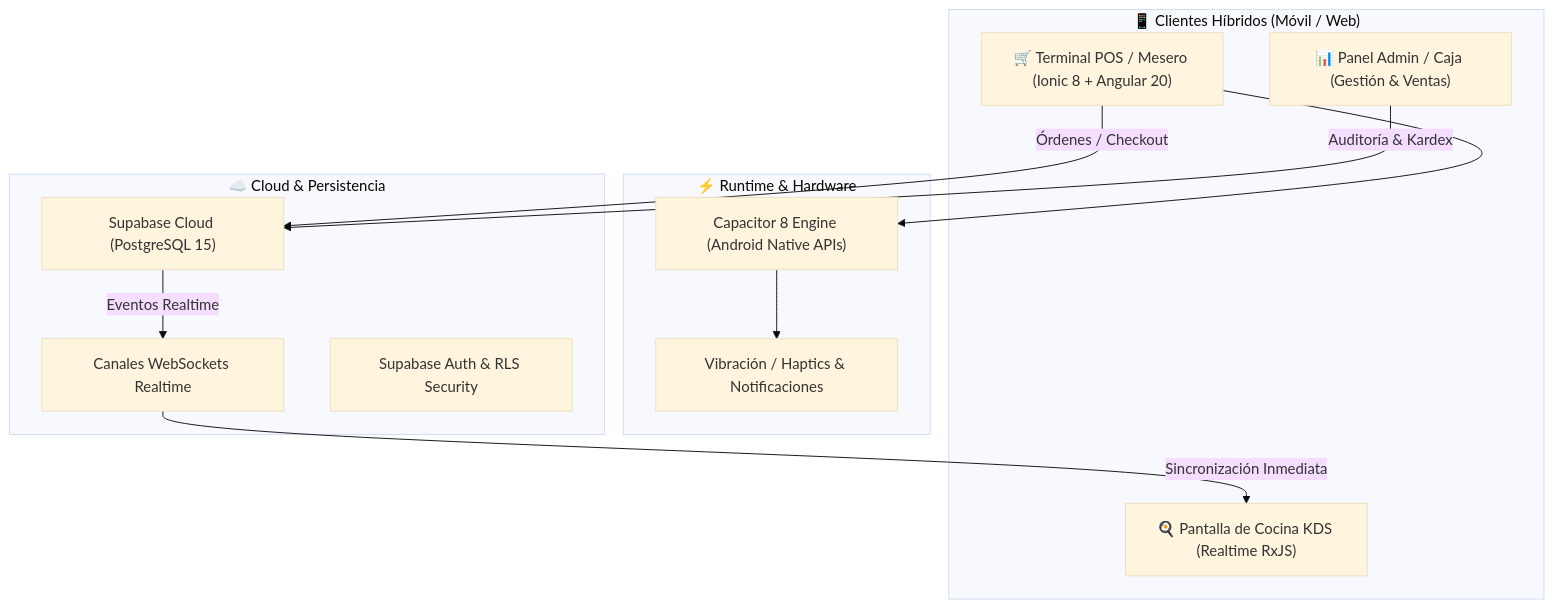
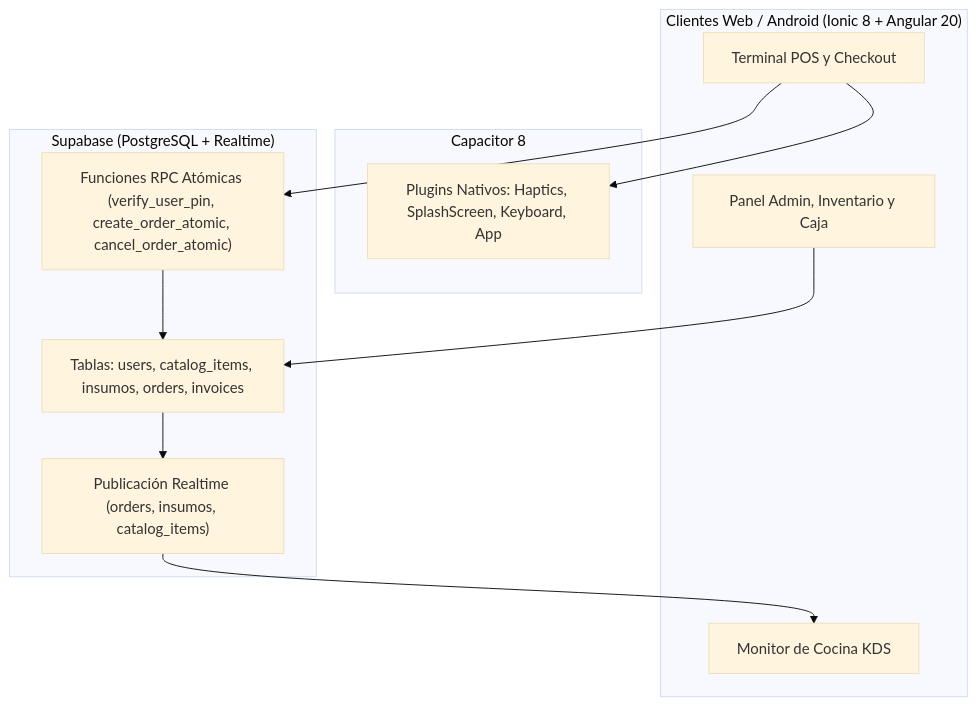
The diagram in README.md (OwenBadel/DondeKike), drawn with Mermaid (base theme) before and after one commit. The commit also changed other lines of this file and 81 other files, not shown here.

Commit message:
refactor(pos): auditoría integral, corrección de errores, seguridad AppSec y rediseño visual corporativo

````diff
--- a/README.md
+++ b/README.md
@@ -24,26 +25,25 @@
 ```mermaid
 graph TD
-    subgraph Clientes ["📱 Clientes Híbridos (Móvil / Web)"]
-        POS["🛒 Terminal POS / Mesero (Ionic 8 + Angular 20)"]
-        Cocina["🍳 Pantalla de Cocina KDS (Realtime RxJS)"]
-        Admin["📊 Panel Admin / Caja (Gestión & Ventas)"]
+    subgraph Clientes ["Clientes Web / Android (Ionic 8 + Angular 20)"]
+        POS["Terminal POS y Checkout"]
+        KDS["Monitor de Cocina KDS"]
+        ADMIN["Panel Admin, Inventario y Caja"]
     end
 
-    subgraph Runtime ["⚡ Runtime & Hardware"]
-        Capacitor["Capacitor 8 Engine (Android Native APIs)"]
-        Haptics["Vibración / Haptics & Notificaciones"]
+    subgraph Runtime ["Capacitor 8"]
+        CAP["Plugins Nativos: Haptics, SplashScreen, Keyboard, App"]
     end
 
-    subgraph Backend ["☁️ Cloud & Persistencia"]
-        Supabase["Supabase Cloud (PostgreSQL 15)"]
-        Realtime["Canales WebSockets Realtime"]
-        Auth["Supabase Auth & RLS Security"]
+    subgraph Backend ["Supabase (PostgreSQL + Realtime)"]
+        RPC["Funciones RPC Atómicas (verify_user_pin, create_order_atomic, cancel_order_atomic)"]
+        DB["Tablas: users, catalog_items, insumos, orders, invoices"]
+        RT["Publicación Realtime (orders, insumos, catalog_items)"]
     end
 
-    POS --> Capacitor
-    Capacitor --> Haptics
-    POS -->|Órdenes / Checkout| Supabase
-    Supabase -->|Eventos Realtime| Realtime
-    Realtime -->|Sincronización Inmediata| Cocina
-    Admin -->|Auditoría & Kardex| Supabase
+    POS --> CAP
+    POS --> RPC
+    ADMIN --> DB
+    RPC --> DB
+    DB --> RT
+    RT --> KDS
 ```
````
